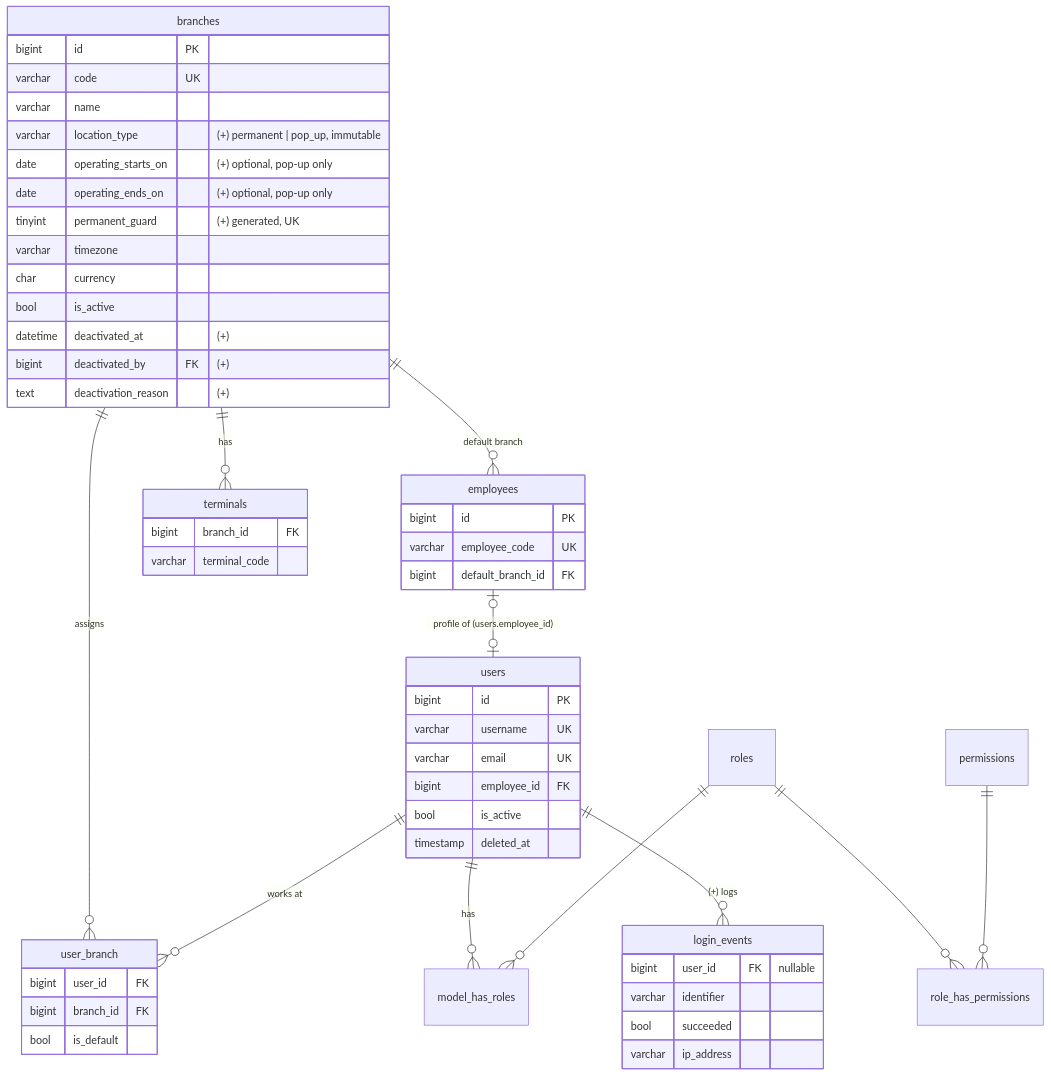
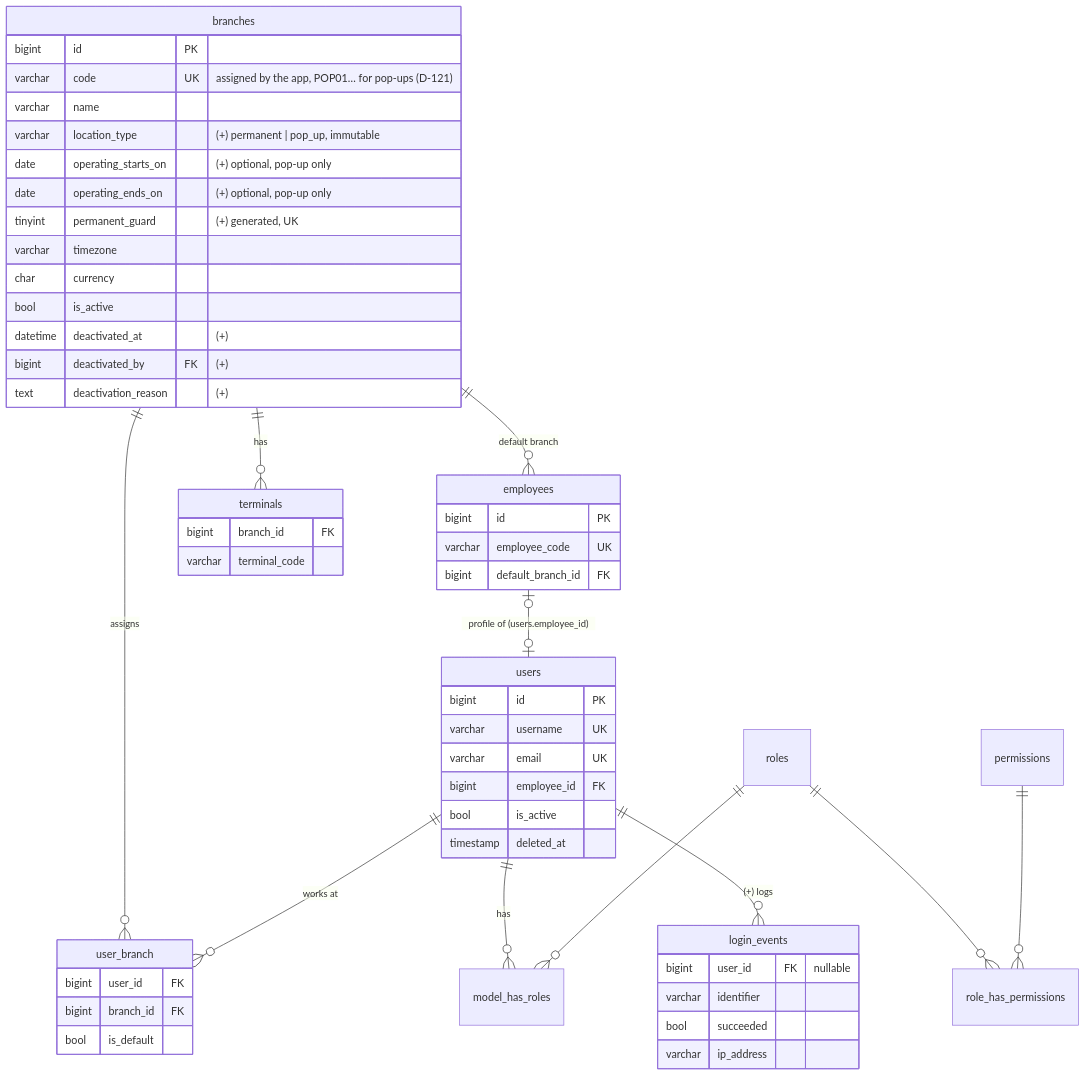
The first of 6 diagrams in docs/ERD.md (eichebiem/brevon-pos), drawn with Mermaid before and after one commit. The commit also changed other lines of this file and 13 other files, not shown here.

````diff
--- a/docs/ERD.md
+++ b/docs/ERD.md
@@ -11,45 +11,45 @@
 ```mermaid
 erDiagram
     branches ||--o{ user_branch : "assigns"
     users ||--o{ user_branch : "works at"
     employees |o--o| users : "profile of (users.employee_id)"
     branches ||--o{ employees : "default branch"
     branches ||--o{ terminals : has
     users ||--o{ model_has_roles : has
     roles ||--o{ model_has_roles : ""
     roles ||--o{ role_has_permissions : ""
     permissions ||--o{ role_has_permissions : ""
     users ||--o{ login_events : "(+) logs"
 
     branches { bigint id PK
-      varchar code UK
+      varchar code UK "assigned by the app, POP01… for pop-ups (D-121)"
       varchar name
       varchar location_type "(+) permanent | pop_up, immutable"
       date operating_starts_on "(+) optional, pop-up only"
       date operating_ends_on "(+) optional, pop-up only"
       tinyint permanent_guard "(+) generated, UK"
       varchar timezone
       char currency
       bool is_active
       datetime deactivated_at "(+)"
       bigint deactivated_by FK "(+)"
       text deactivation_reason "(+)" }
     users { bigint id PK
       varchar username UK
       varchar email UK
       bigint employee_id FK
       bool is_active
       timestamp deleted_at }
     employees { bigint id PK
       varchar employee_code UK
       bigint default_branch_id FK }
     user_branch { bigint user_id FK
       bigint branch_id FK
       bool is_default }
     terminals { bigint branch_id FK
       varchar terminal_code }
     login_events { bigint user_id FK "nullable"
       varchar identifier
       bool succeeded
       varchar ip_address }
 ```
````
